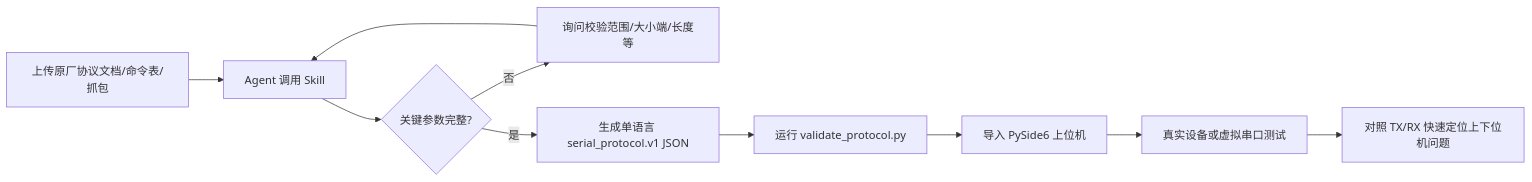
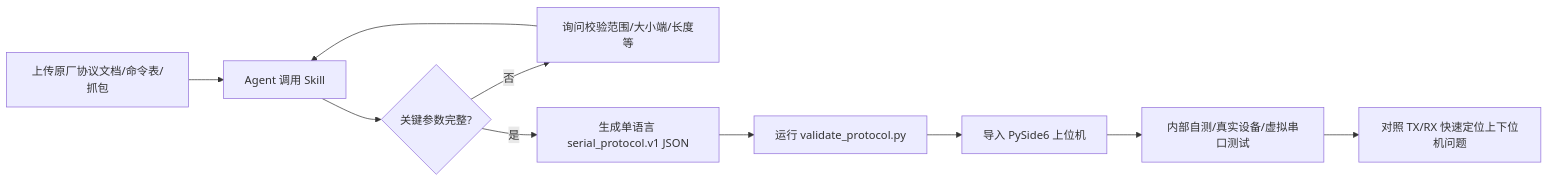
The diagram in README.md (10walnut/serial-protocol-tester-skill), drawn with Mermaid before and after one commit. The commit also changed other lines of this file and 1 other file, not shown here.

````diff
--- a/README.md
+++ b/README.md
@@ -71,12 +87,12 @@
 ```mermaid
 flowchart LR
     A[上传原厂协议文档/命令表/抓包] --> B[Agent 调用 Skill]
     B --> C{关键参数完整?}
     C -- 否 --> D[询问校验范围/大小端/长度等]
     D --> B
     C -- 是 --> E[生成单语言 serial_protocol.v1 JSON]
     E --> F[运行 validate_protocol.py]
     F --> G[导入 PySide6 上位机]
-    G --> H[真实设备或虚拟串口测试]
+    G --> H[内部自测/真实设备/虚拟串口测试]
     H --> I[对照 TX/RX 快速定位上下位机问题]
 ```
````
